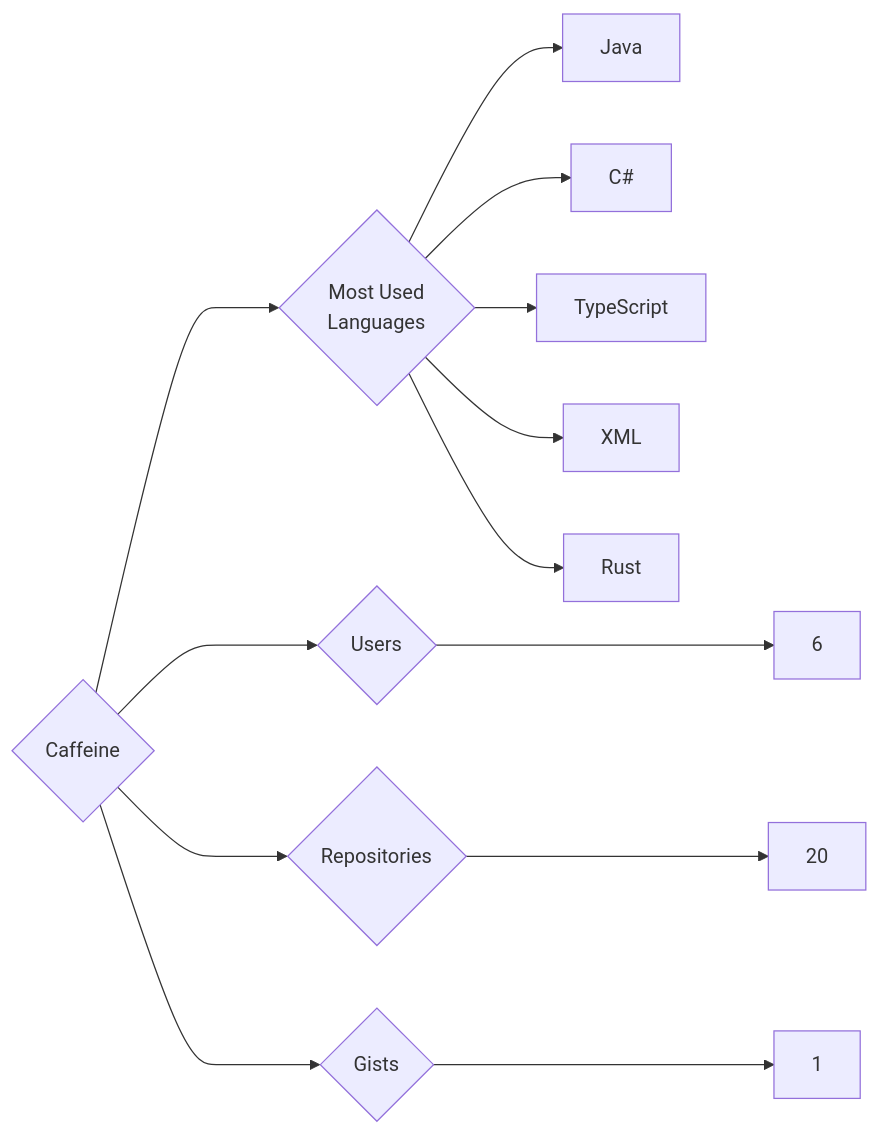
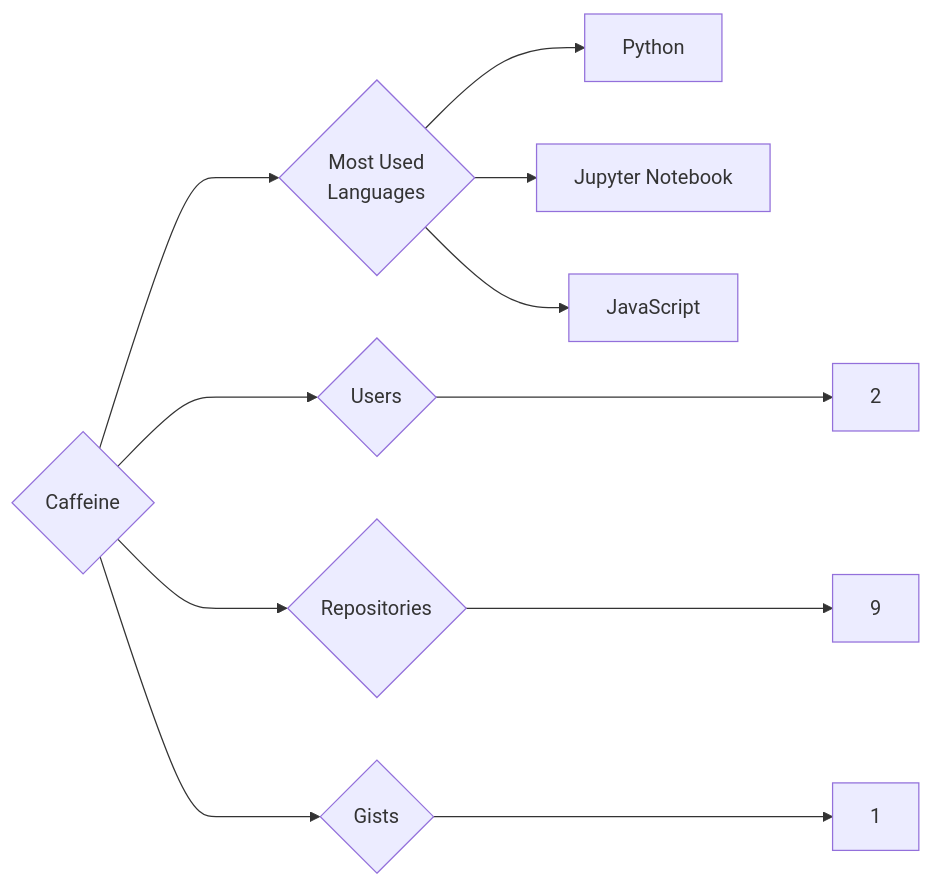
The diagram in targets/Caffeine/README.md (trickest/insiders), drawn with Mermaid before and after one commit. The commit also changed 736 other files, not shown here.

````diff
--- a/targets/Caffeine/README.md
+++ b/targets/Caffeine/README.md
@@ -3,13 +3,11 @@
 ```mermaid
 graph LR
 COMPANY_NAME{Caffeine}
-COMPANY_NAME ---> U{Users} ---> UN[6]
-COMPANY_NAME ---> R{Repositories} ---> RN[20]
+COMPANY_NAME ---> U{Users} ---> UN[2]
+COMPANY_NAME ---> R{Repositories} ---> RN[9]
 COMPANY_NAME ---> G{Gists} ---> GN[1]
 COMPANY_NAME ---> ML{Most Used<br>Languages}
-ML --> Java[Java]
-ML --> C#[C#]
-ML --> TypeScript[TypeScript]
-ML --> XML[XML]
-ML --> Rust[Rust]
+ML --> Python[Python]
+ML --> Jupyter_Notebook[Jupyter Notebook]
+ML --> JavaScript[JavaScript]
 ```
````
